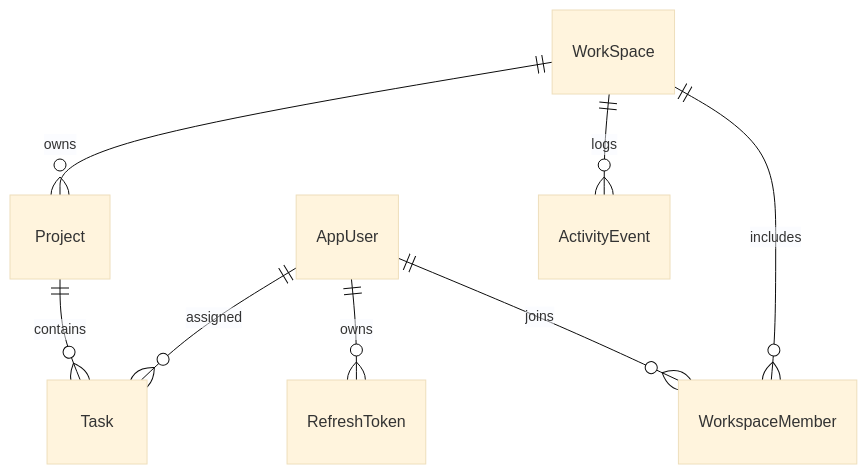
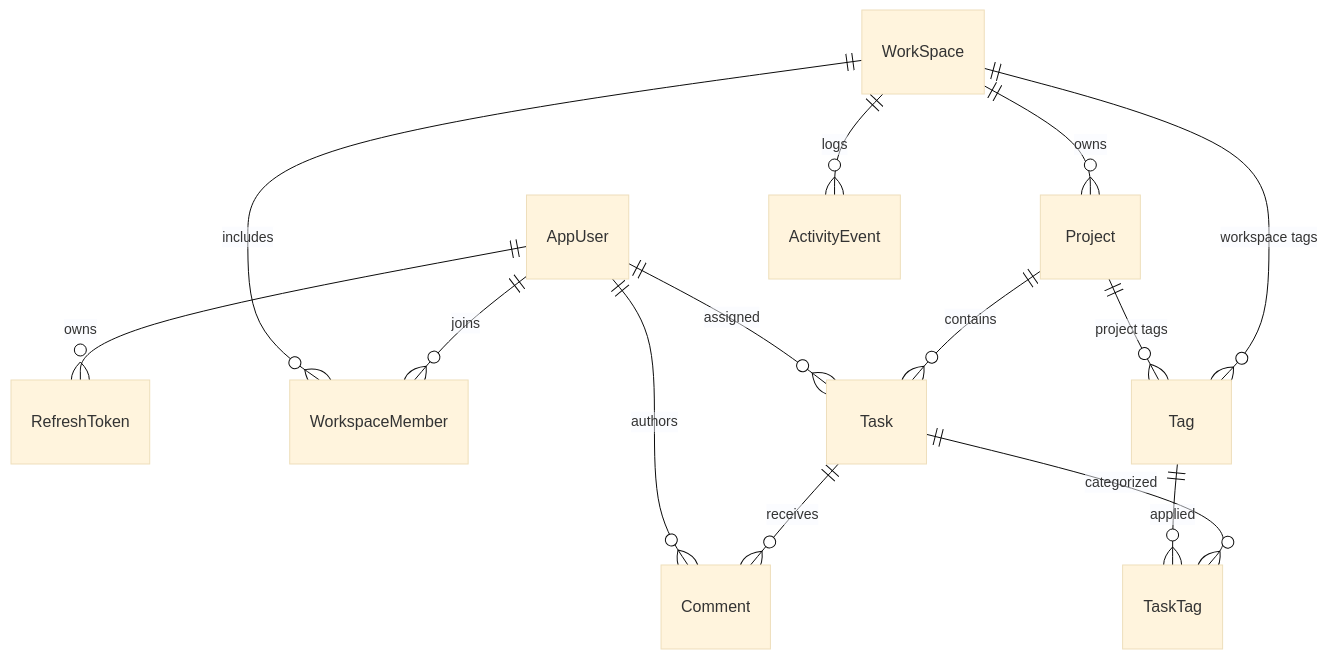
The second of 3 diagrams in docs/backend-architecture.md (Clark605/ProjectHub), drawn with Mermaid (base theme) before and after one commit. The commit also changed other lines of this file and 8 other files, not shown here.

````diff
--- a/docs/backend-architecture.md
+++ b/docs/backend-architecture.md
@@ -72,10 +86,16 @@
 ```mermaid
 erDiagram
     AppUser ||--o{ RefreshToken : owns
     AppUser ||--o{ WorkspaceMember : joins
     WorkSpace ||--o{ WorkspaceMember : includes
     WorkSpace ||--o{ Project : owns
+    WorkSpace ||--o{ Tag : "workspace tags"
+    Project ||--o{ Tag : "project tags"
     Project ||--o{ Task : contains
+    Task ||--o{ TaskTag : categorized
+    Tag ||--o{ TaskTag : applied
+    Task ||--o{ Comment : receives
+    AppUser ||--o{ Comment : authors
     AppUser ||--o{ Task : assigned
     WorkSpace ||--o{ ActivityEvent : logs
 ```
````
